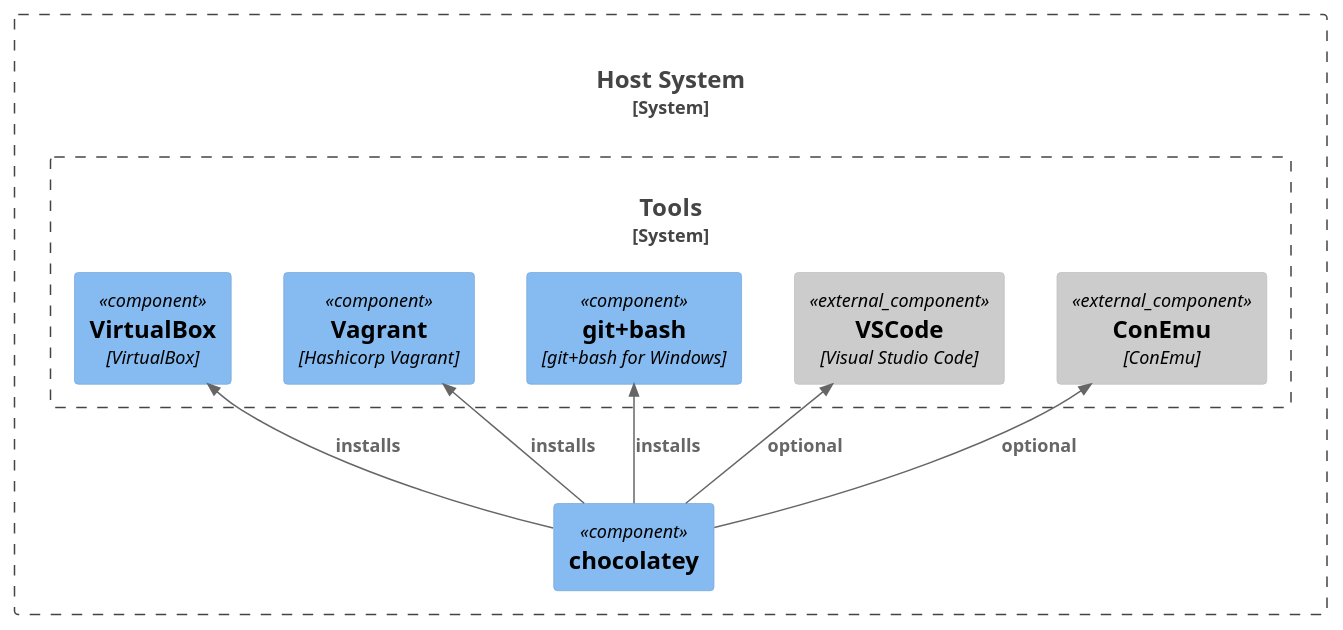
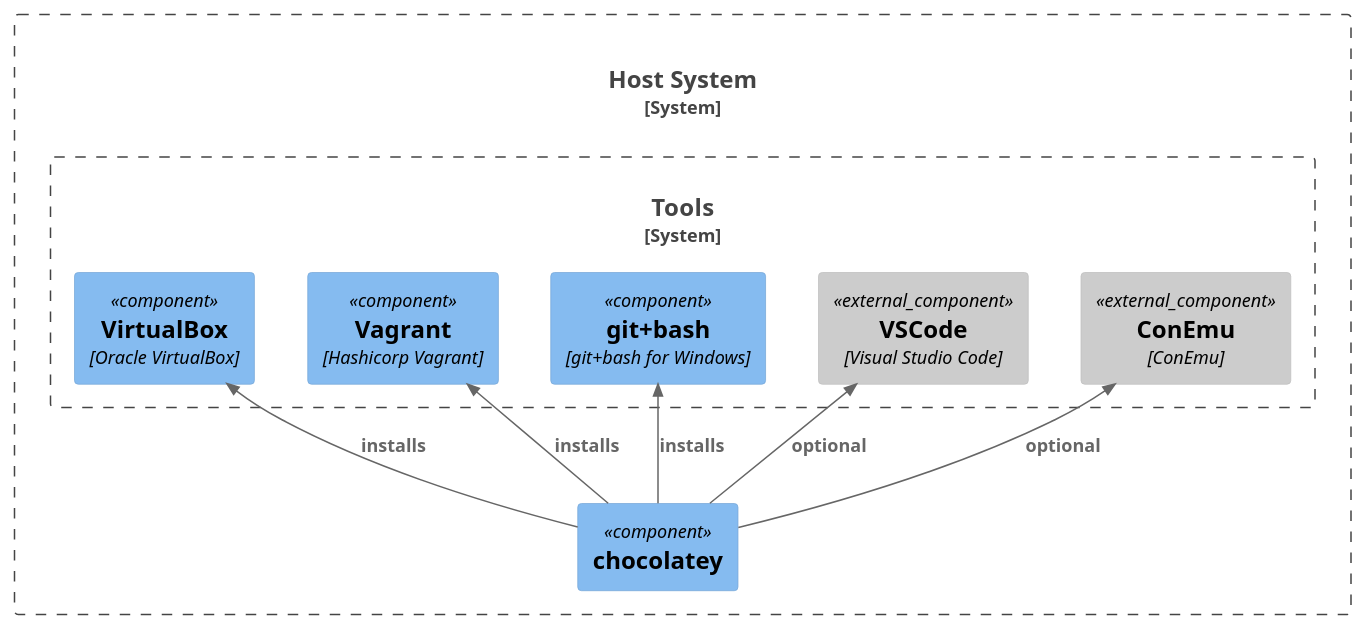
The diagram in doc/chocolatey.puml (oravirt/ansible-oracle), drawn with PlantUML before and after one commit. The commit also changed 12 other files, not shown here.

```diff
--- a/doc/chocolatey.puml
+++ b/doc/chocolatey.puml
@@ -1,19 +1,19 @@
 @startuml
 !include <C4/C4_Component>
 
 System_Boundary(host, "Host System", "PC/Notebook") {
   Component(chocolatey, "chocolatey", "", "")
   System_Boundary(tools, "Tools") {
     Component(gitbash, "git+bash", "git+bash for Windows")
     Component(vagrant, "Vagrant", "Hashicorp Vagrant")
-    Component(virtualbox, "VirtualBox", "VirtualBox")
+    Component(virtualbox, "VirtualBox", "Oracle VirtualBox")
     Component_Ext(vscode, "VSCode", "Visual Studio Code")
     Component_Ext(conemu, "ConEmu", "ConEmu")
   }
 }
 Rel_U(chocolatey, conemu, "optional")
 Rel_U(chocolatey, vscode, "optional")
 Rel_U(chocolatey, gitbash, "installs")
 Rel_U(chocolatey, vagrant, "installs")
 Rel_U(chocolatey, virtualbox, "installs")
 @enduml
```
